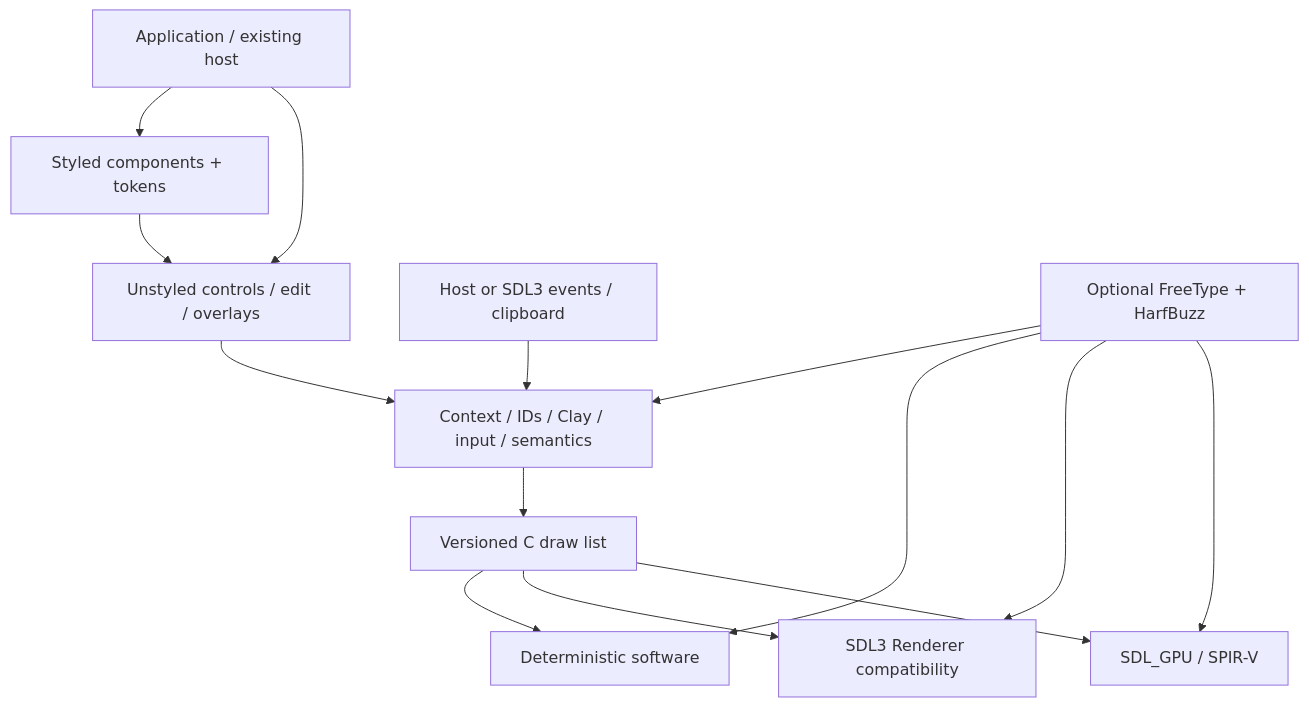
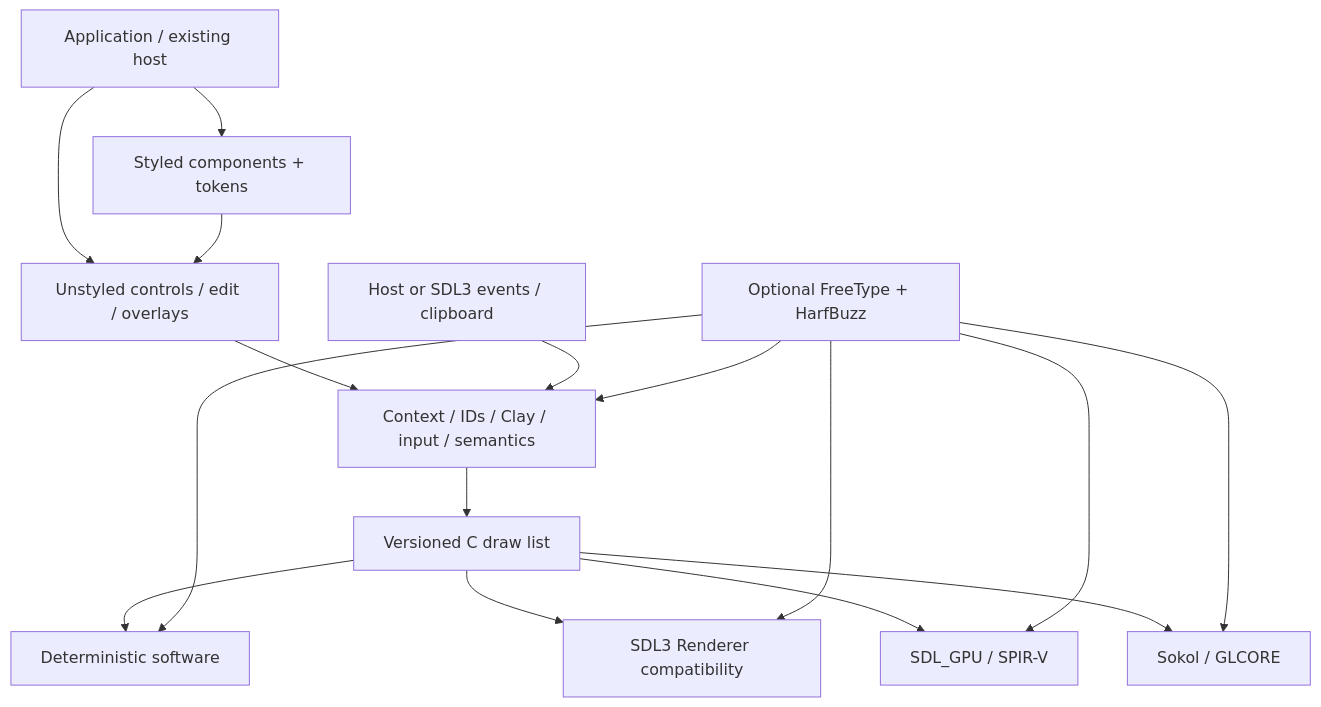
One commit to mattmezza/cui changed the diagram in docs/ARCHITECTURE.md. Above: the diagram before and after it, drawn with Mermaid. The commit also changed other lines of this file and 6 other files, not shown here.

````diff
--- a/docs/ARCHITECTURE.md
+++ b/docs/ARCHITECTURE.md
@@ -5,16 +5,18 @@
 ```mermaid
 flowchart TD
     Host[Application / existing host] --> Components[Styled components + tokens]
     Host --> Base[Unstyled controls / edit / overlays]
     Components --> Base
     Base --> Core[Context / IDs / Clay / input / semantics]
     Core --> Draw[Versioned C draw list]
     Draw --> Software[Deterministic software]
     Draw --> SDL2D[SDL3 Renderer compatibility]
     Draw --> GPU[SDL_GPU / SPIR-V]
+    Draw --> Sokol[Sokol / GLCORE]
     Platform[Host or SDL3 events / clipboard] --> Core
     Text[Optional FreeType + HarfBuzz] --> Core
     Text --> Software
     Text --> SDL2D
+    Text --> Sokol
     Text --> GPU
 ```
````
